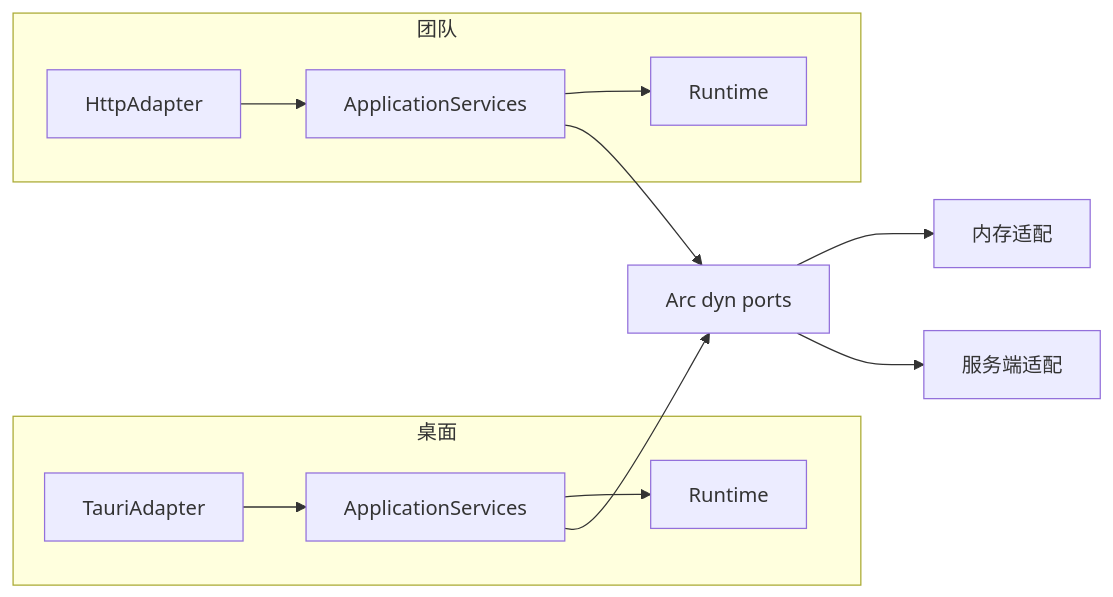
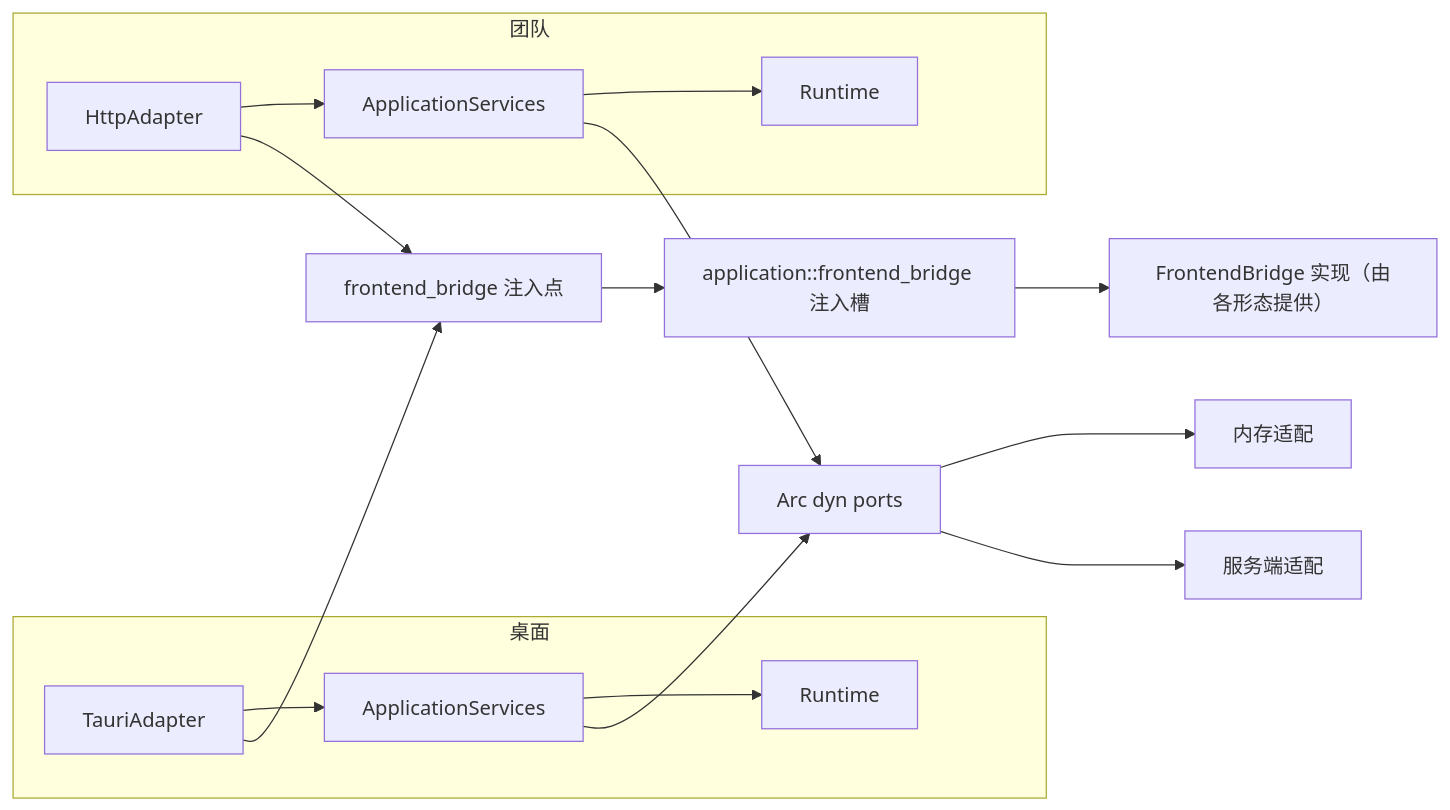
One commit to flyxl/datazen changed the second of 4 diagrams in docs/architecture/platform/shared-boundaries-and-ports.md. Above: the diagram before and after it, drawn with Mermaid. The commit also changed other lines of this file and 8 other files, not shown here.

First line of the commit message:
refactor(frontend-bridge-port): 把前端桥注入端口从宿主 platform/bridge.rs 搬进 packages/application

````diff
--- a/docs/architecture/platform/shared-boundaries-and-ports.md
+++ b/docs/architecture/platform/shared-boundaries-and-ports.md
@@ -508,15 +509,19 @@
 ```mermaid
 flowchart LR
     subgraph D[桌面]
         D1[TauriAdapter] --> APP[ApplicationServices]
         APP --> R[Runtime]
     end
     subgraph W[团队]
         W1[HttpAdapter] --> APP2[ApplicationServices]
         APP2 --> R2[Runtime]
     end
     APP --> PORTS[Arc dyn ports]
     APP2 --> PORTS
     PORTS --> INMEM[内存适配]
     PORTS --> DIST[服务端适配]
+    D1 --> FB[frontend_bridge 注入点]
+    W1 --> FB
+    FB --> SLOT[application::frontend_bridge 注入槽]
+    SLOT --> IMPL[FrontendBridge 实现（由各形态提供）]
 ```
````
